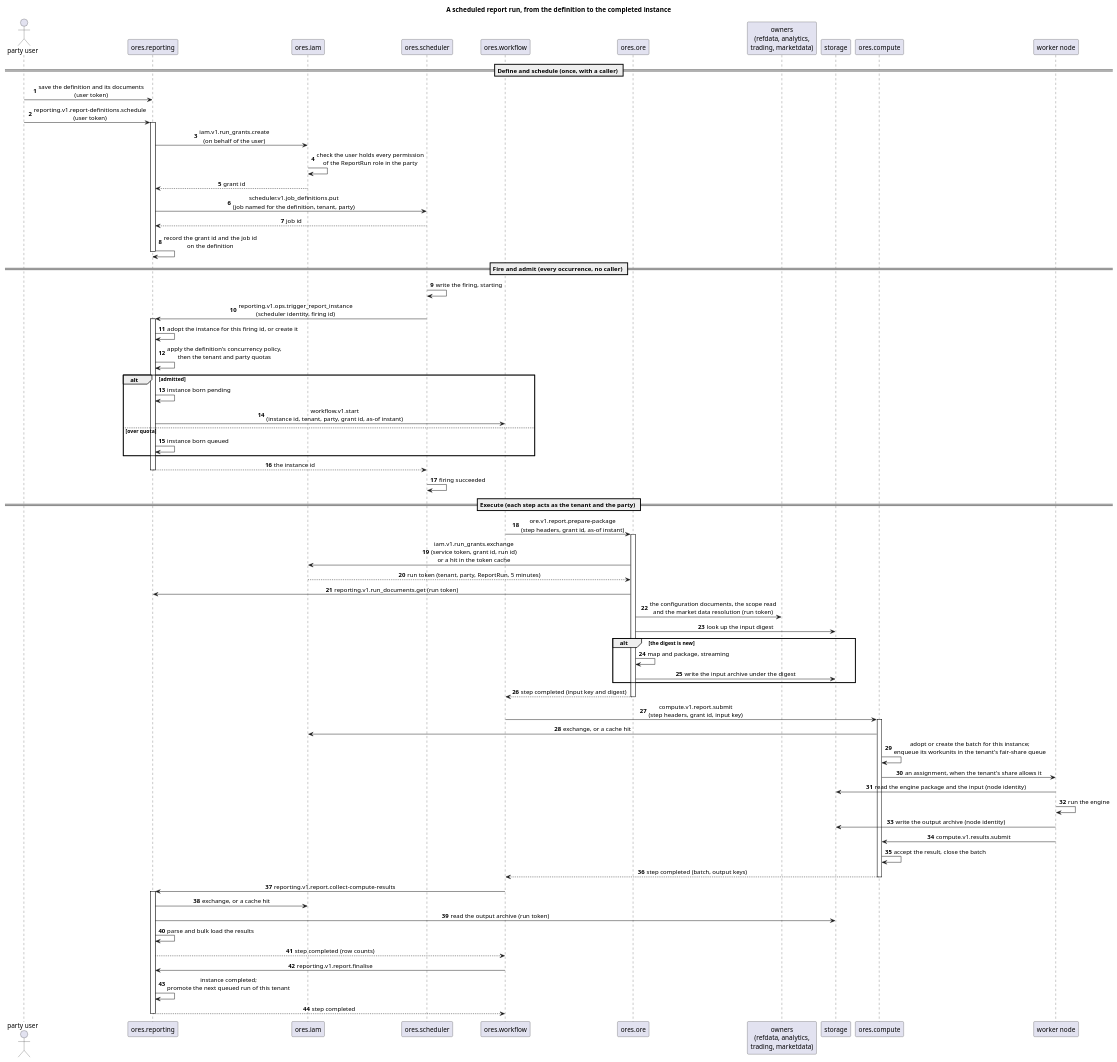
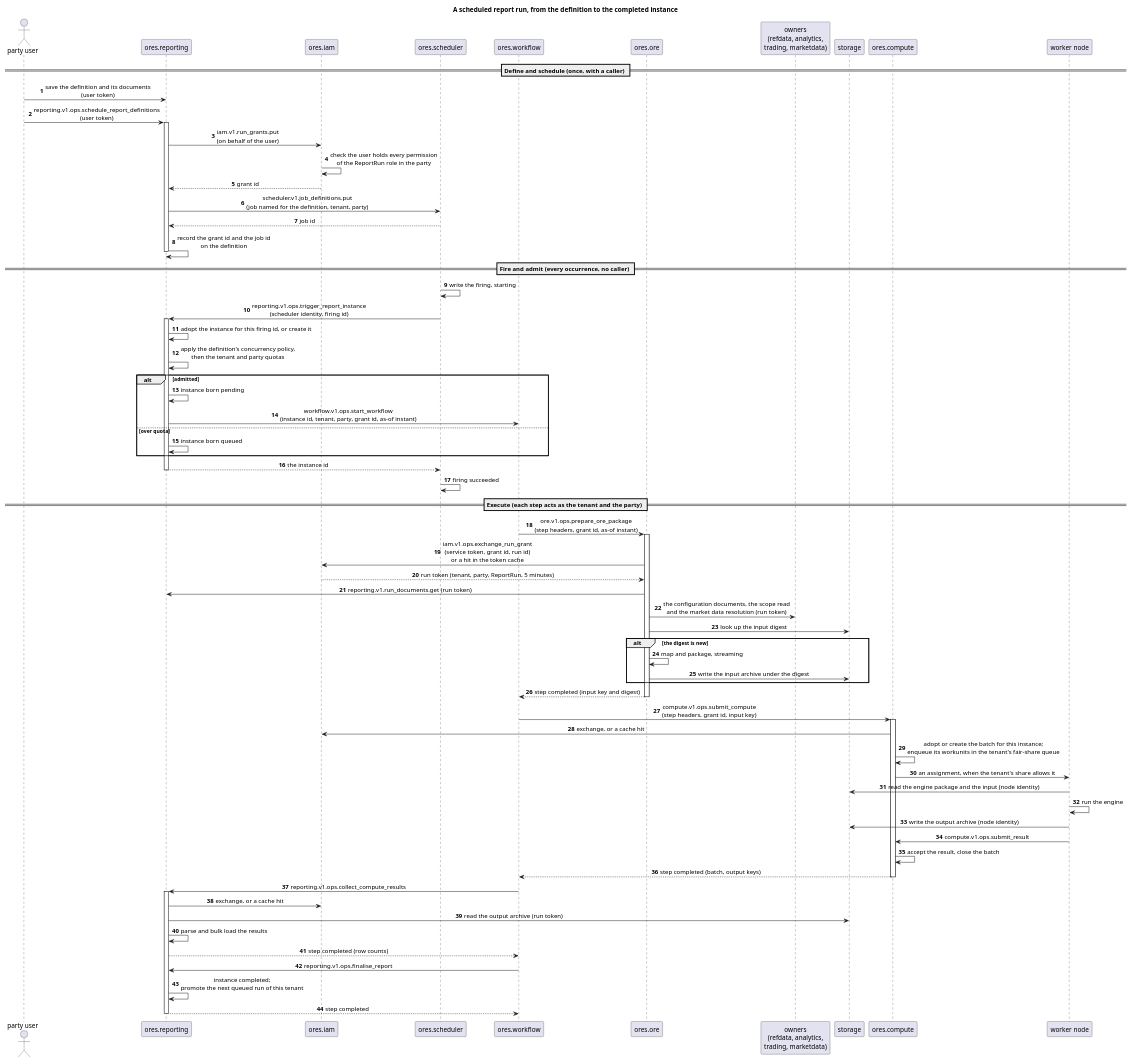
One commit to OreStudio/OreStudio changed the diagram in doc/knowledge/architecture/report_execution_at_scale_sequence.puml. Above: the diagram before and after it, drawn with PlantUML. The commit also changed 418 other files, not shown here.

```diff
--- a/doc/knowledge/architecture/report_execution_at_scale_sequence.puml
+++ b/doc/knowledge/architecture/report_execution_at_scale_sequence.puml
@@ -18,90 +18,90 @@
 @startuml
 
 title A scheduled report run, from the definition to the completed instance
 
 skinparam sequenceMessageAlign center
 skinparam responseMessageBelowArrow true
 autonumber
 
 actor "party user" as user
 participant "ores.reporting" as reporting
 participant "ores.iam" as iam
 participant "ores.scheduler" as scheduler
 participant "ores.workflow" as engine
 participant "ores.ore" as ore
 participant "owners\n(refdata, analytics,\ntrading, marketdata)" as owners
 participant "storage" as storage
 participant "ores.compute" as compute
 participant "worker node" as worker
 
 == Define and schedule (once, with a caller) ==
 
 user -> reporting : save the definition and its documents\n(user token)
-user -> reporting : reporting.v1.report-definitions.schedule\n(user token)
+user -> reporting : reporting.v1.ops.schedule_report_definitions\n(user token)
 activate reporting
-reporting -> iam : iam.v1.run_grants.create\n(on behalf of the user)
+reporting -> iam : iam.v1.run_grants.put\n(on behalf of the user)
 iam -> iam : check the user holds every permission\nof the ReportRun role in the party
 iam --> reporting : grant id
 reporting -> scheduler : scheduler.v1.job_definitions.put\n(job named for the definition, tenant, party)
 scheduler --> reporting : job id
 reporting -> reporting : record the grant id and the job id\non the definition
 deactivate reporting
 
 == Fire and admit (every occurrence, no caller) ==
 
 scheduler -> scheduler : write the firing, starting
 scheduler -> reporting : reporting.v1.ops.trigger_report_instance\n(scheduler identity, firing id)
 activate reporting
 reporting -> reporting : adopt the instance for this firing id, or create it
 reporting -> reporting : apply the definition's concurrency policy,\nthen the tenant and party quotas
 alt admitted
     reporting -> reporting : instance born pending
-    reporting -> engine : workflow.v1.start\n(instance id, tenant, party, grant id, as-of instant)
+    reporting -> engine : workflow.v1.ops.start_workflow\n(instance id, tenant, party, grant id, as-of instant)
 else over quota
     reporting -> reporting : instance born queued
 end
 reporting --> scheduler : the instance id
 deactivate reporting
 scheduler -> scheduler : firing succeeded
 
 == Execute (each step acts as the tenant and the party) ==
 
-engine -> ore : ore.v1.report.prepare-package\n(step headers, grant id, as-of instant)
+engine -> ore : ore.v1.ops.prepare_ore_package\n(step headers, grant id, as-of instant)
 activate ore
-ore -> iam : iam.v1.run_grants.exchange\n(service token, grant id, run id)\nor a hit in the token cache
+ore -> iam : iam.v1.ops.exchange_run_grant\n(service token, grant id, run id)\nor a hit in the token cache
 iam --> ore : run token (tenant, party, ReportRun, 5 minutes)
 ore -> reporting : reporting.v1.run_documents.get (run token)
 ore -> owners : the configuration documents, the scope read\nand the market data resolution (run token)
 ore -> storage : look up the input digest
 alt the digest is new
     ore -> ore : map and package, streaming
     ore -> storage : write the input archive under the digest
 end
 ore --> engine : step completed (input key and digest)
 deactivate ore
 
-engine -> compute : compute.v1.report.submit\n(step headers, grant id, input key)
+engine -> compute : compute.v1.ops.submit_compute\n(step headers, grant id, input key)
 activate compute
 compute -> iam : exchange, or a cache hit
 compute -> compute : adopt or create the batch for this instance;\nenqueue its workunits in the tenant's fair-share queue
 compute -> worker : an assignment, when the tenant's share allows it
 worker -> storage : read the engine package and the input (node identity)
 worker -> worker : run the engine
 worker -> storage : write the output archive (node identity)
-worker -> compute : compute.v1.results.submit
+worker -> compute : compute.v1.ops.submit_result
 compute -> compute : accept the result, close the batch
 compute --> engine : step completed (batch, output keys)
 deactivate compute
 
-engine -> reporting : reporting.v1.report.collect-compute-results
+engine -> reporting : reporting.v1.ops.collect_compute_results
 activate reporting
 reporting -> iam : exchange, or a cache hit
 reporting -> storage : read the output archive (run token)
 reporting -> reporting : parse and bulk load the results
 reporting --> engine : step completed (row counts)
-engine -> reporting : reporting.v1.report.finalise
+engine -> reporting : reporting.v1.ops.finalise_report
 reporting -> reporting : instance completed;\npromote the next queued run of this tenant
 reporting --> engine : step completed
 deactivate reporting
 
 @enduml
```
